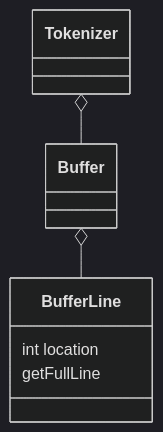
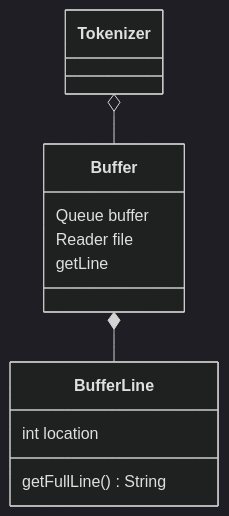
Before and after one commit to Jzhyang1/Monomer: the first of 5 diagrams in Implementation.md, drawn with Mermaid (dark theme). The commit also changed other lines of this file, not shown here.

Commit message:
Implementation.md updated from https://stackedit.io/

````diff
--- a/Implementation.md
+++ b/Implementation.md
@@ -58,8 +58,12 @@
 ```mermaid
 classDiagram
 Tokenizer o-- Buffer
-Buffer o-- BufferLine
+Buffer *-- BufferLine
+
+Buffer: Queue buffer
+Buffer: Reader file
+Buffer: getLine
 
 BufferLine: int location
-BufferLine: getFullLine
+BufferLine: getFullLine() String
 ```
````
